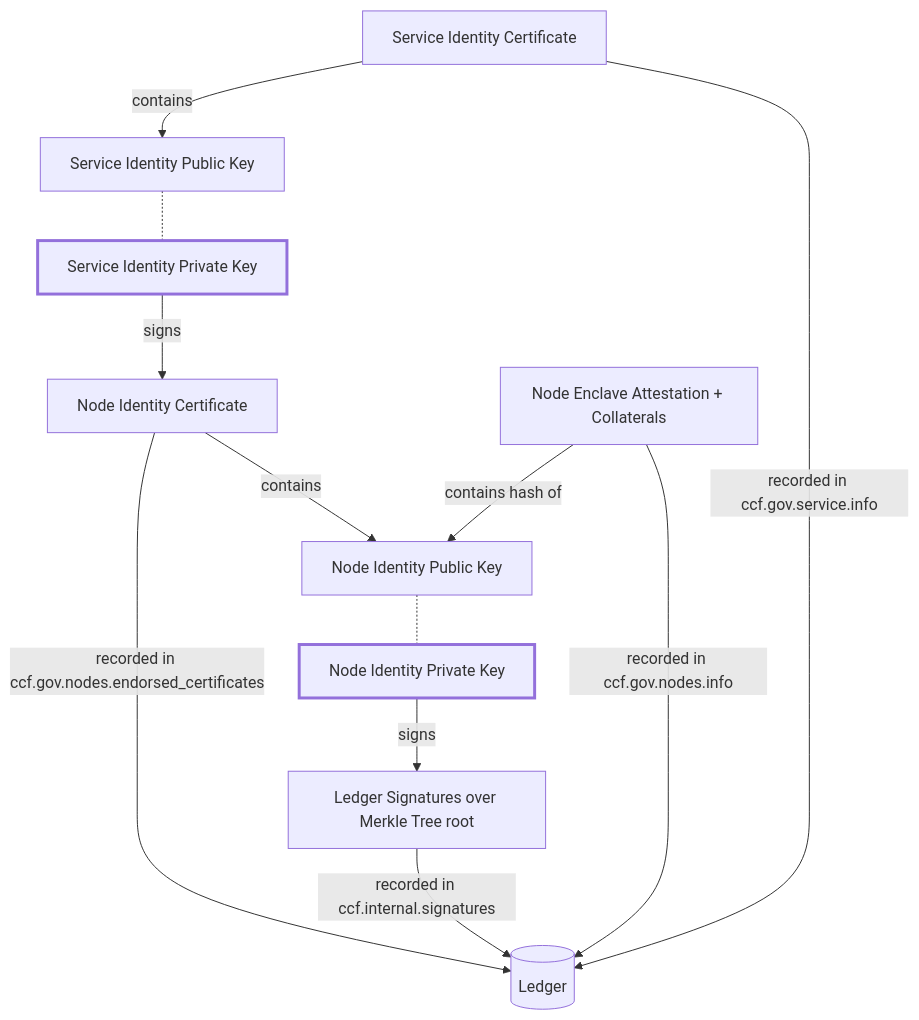
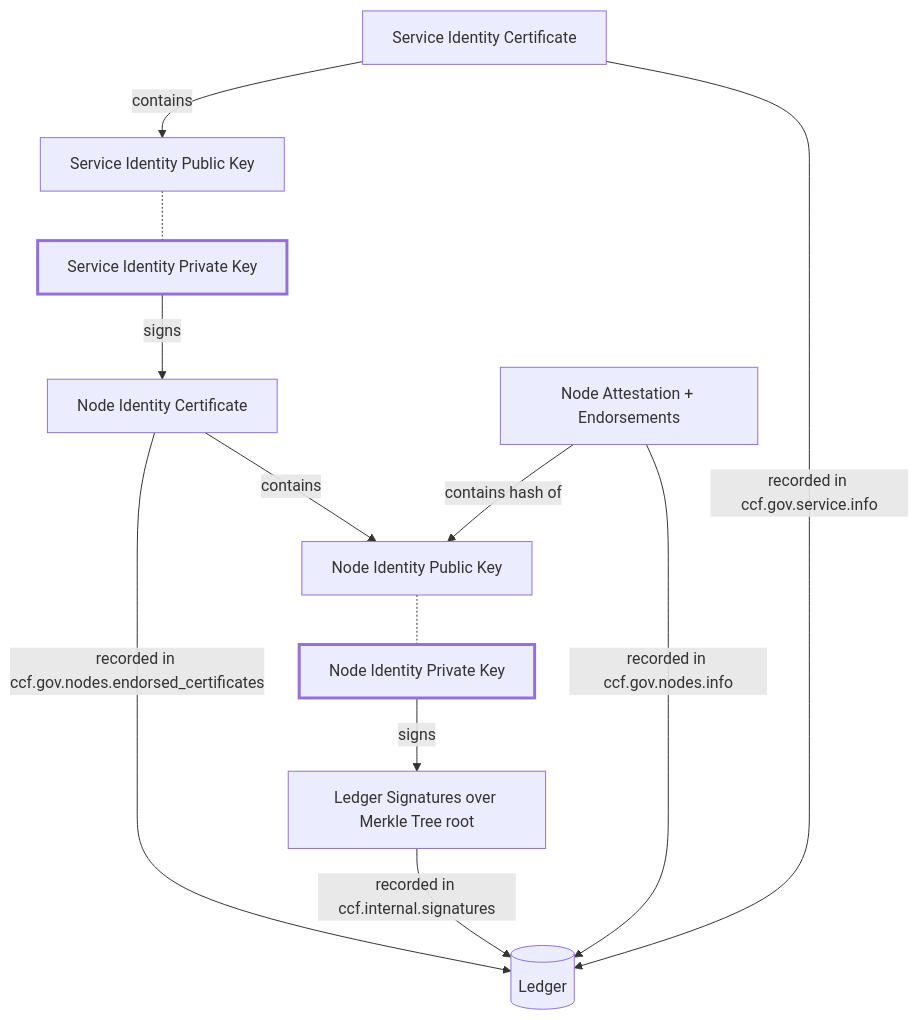
Before and after one commit to microsoft/CCF: the first of 2 diagrams in doc/architecture/cryptography.rst, drawn with Mermaid. The commit also changed other lines of this file and 19 other files, not shown here.

```diff
--- a/doc/architecture/cryptography.rst
+++ b/doc/architecture/cryptography.rst
@@ -53,16 +53,16 @@
 .. mermaid::
 
     flowchart TB
-        classDef EnclaveKey stroke-width:3px
+        classDef ProtectedKey stroke-width:3px
         ServiceCert[Service Identity Certificate] --contains--> ServicePubk[Service Identity Public Key]
         ServicePubk -.- ServicePrivk[Service Identity Private Key]
         NodePubk[Node Identity Public Key] -.- NodePrivk[Node Identity Private Key]
-        class ServicePrivk,NodePrivk EnclaveKey
+        class ServicePrivk,NodePrivk ProtectedKey
         ServiceCert -- recorded in ccf.gov.service.info --> Ledger[(Ledger)]
         NodeCert[Node Identity Certificate] -- recorded in ccf.gov.nodes.endorsed_certificates --> Ledger
         ServicePrivk -- signs --> NodeCert
         NodePrivk -- signs --> Signature[Ledger Signatures over Merkle Tree root]
         Signature -- recorded in ccf.internal.signatures --> Ledger
-        Attestation[Node Enclave Attestation + Collaterals] -- contains hash of --> NodePubk
+        Attestation[Node Attestation + Endorsements] -- contains hash of --> NodePubk
         NodeCert -- contains --> NodePubk
         Attestation -- recorded in ccf.gov.nodes.info --> Ledger
```
